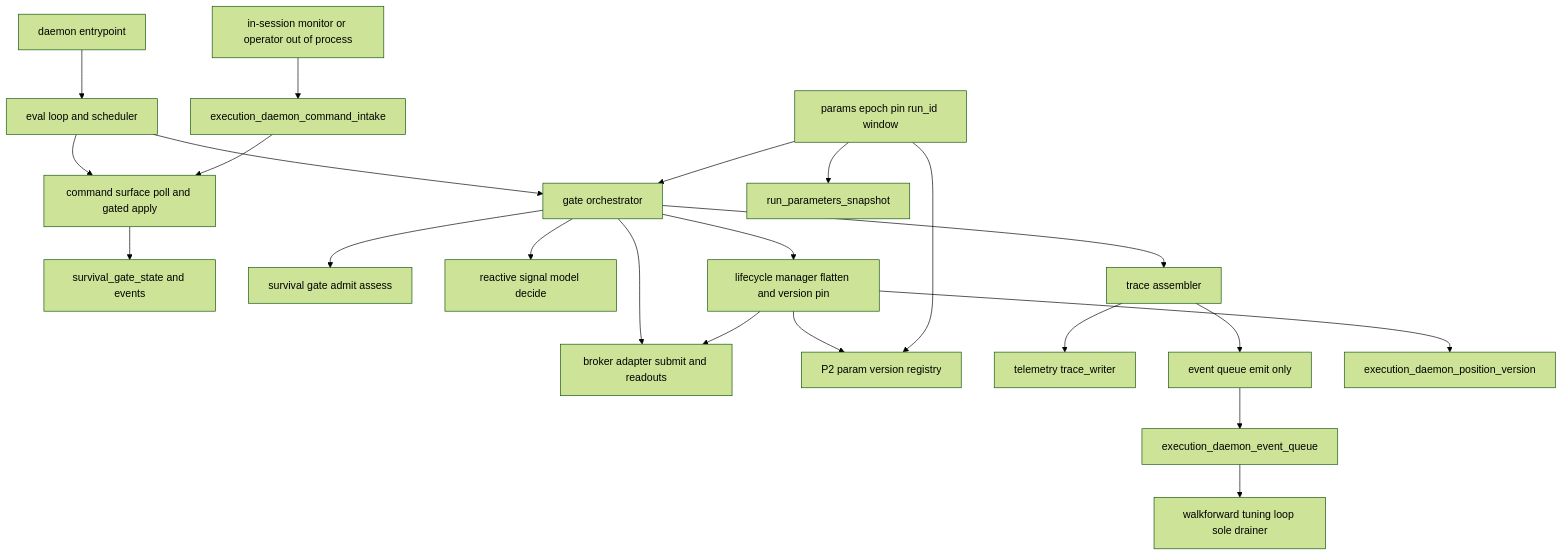
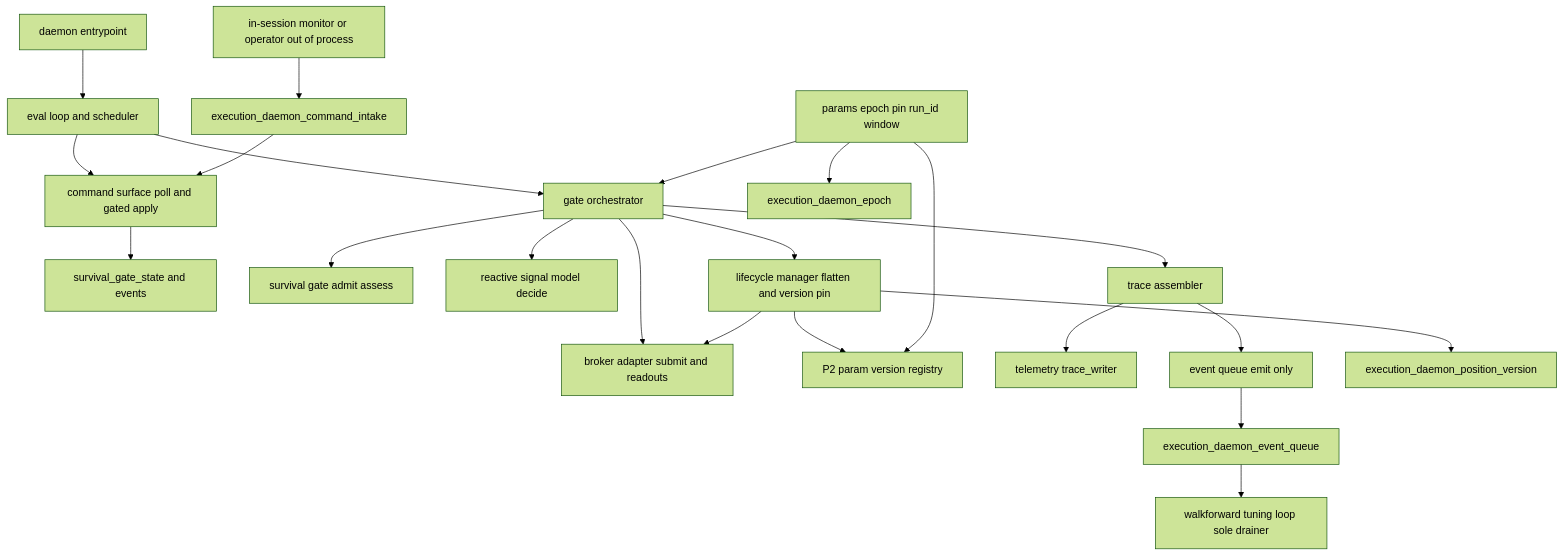
The first of 3 diagrams in .kiro/specs/execution-daemon/design.md (saehoon0501/equity-research-system), drawn with Mermaid (forest theme) before and after one commit. The commit also changed other lines of this file and 2 other files, not shown here.

First line of the commit message:
spec(execution-daemon): design Revision 2.1 + approved (validate-design GO)

````diff
--- a/.kiro/specs/execution-daemon/design.md
+++ b/.kiro/specs/execution-daemon/design.md
@@ -71,24 +73,24 @@
 ```mermaid
 graph TB
     Entry[daemon entrypoint] --> Loop
     Loop[eval loop and scheduler] --> Orch
     Loop --> Commands
     Commander[in-session monitor or operator out of process] --> Intake[execution_daemon_command_intake]
     Intake --> Commands
     Commands[command surface poll and gated apply] --> OpState[survival_gate_state and events]
     Orch[gate orchestrator] --> Survival[survival gate admit assess]
     Orch --> Signal[reactive signal model decide]
     Orch --> Broker[broker adapter submit and readouts]
     Orch --> Lifecycle
     Orch --> Assembler
     Lifecycle[lifecycle manager flatten and version pin] --> Broker
     Lifecycle --> Registry[P2 param version registry]
     Assembler[trace assembler] --> Writer[telemetry trace_writer]
     Assembler --> EventQ
     EventQ[event queue emit only] --> QTable[execution_daemon_event_queue]
     QTable --> Tuner[walkforward tuning loop sole drainer]
     Lifecycle --> PVTable[execution_daemon_position_version]
     Params[params epoch pin run_id window] --> Orch
-    Params --> Snapshot[run_parameters_snapshot]
+    Params --> Epoch[execution_daemon_epoch]
     Params --> Registry
 ```
````
